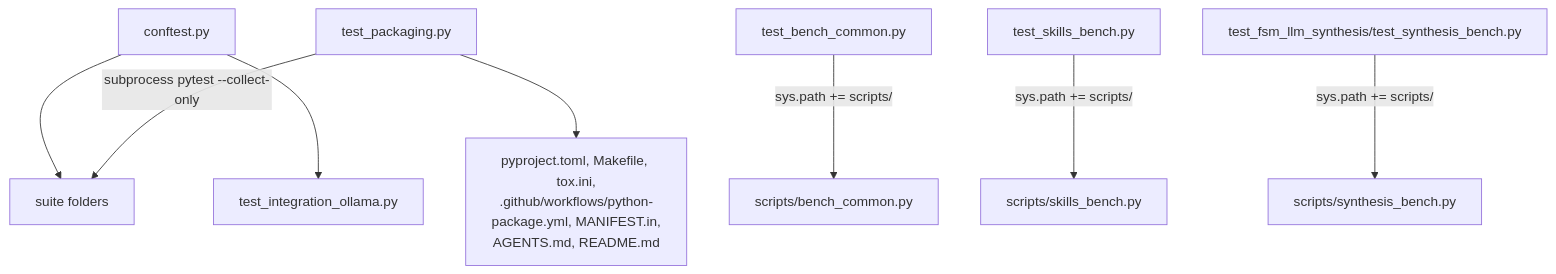
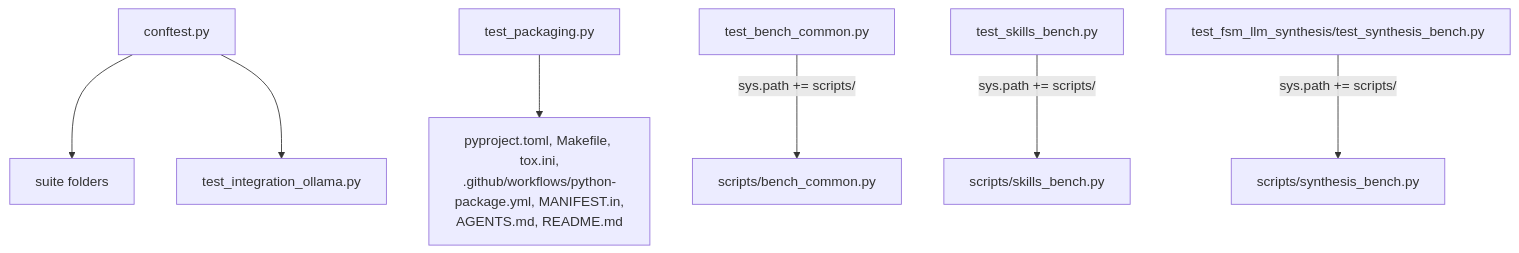
The diagram in tests/AGENTS.md (NikolasMarkou/fsm_llm), drawn with Mermaid before and after one commit. The commit also changed other lines of this file and 10 other files, not shown here.

````diff
--- a/tests/AGENTS.md
+++ b/tests/AGENTS.md
@@ -14,10 +14,9 @@
 ```mermaid
 flowchart TD
     conf[conftest.py] --> S[suite folders]
     conf --> io[test_integration_ollama.py]
-    pkg[test_packaging.py] -->|subprocess pytest --collect-only| S
-    pkg --> files[pyproject.toml, Makefile, tox.ini,<br/>.github/workflows/python-package.yml, MANIFEST.in,<br/>AGENTS.md, README.md]
+    pkg[test_packaging.py] --> files[pyproject.toml, Makefile, tox.ini,<br/>.github/workflows/python-package.yml, MANIFEST.in,<br/>AGENTS.md, README.md]
     tbc[test_bench_common.py] -->|sys.path += scripts/| bc[scripts/bench_common.py]
     tsb[test_skills_bench.py] -->|sys.path += scripts/| sb[scripts/skills_bench.py]
     tsy[test_fsm_llm_synthesis/test_synthesis_bench.py] -->|sys.path += scripts/| syb[scripts/synthesis_bench.py]
 ```
````
